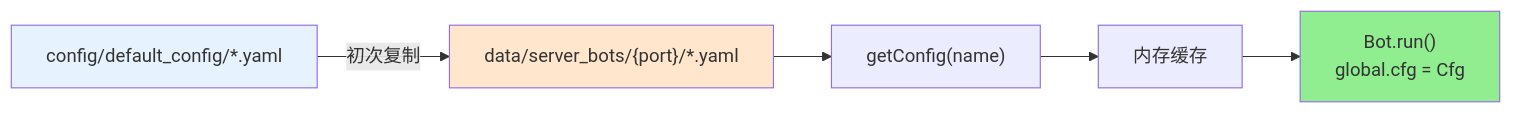
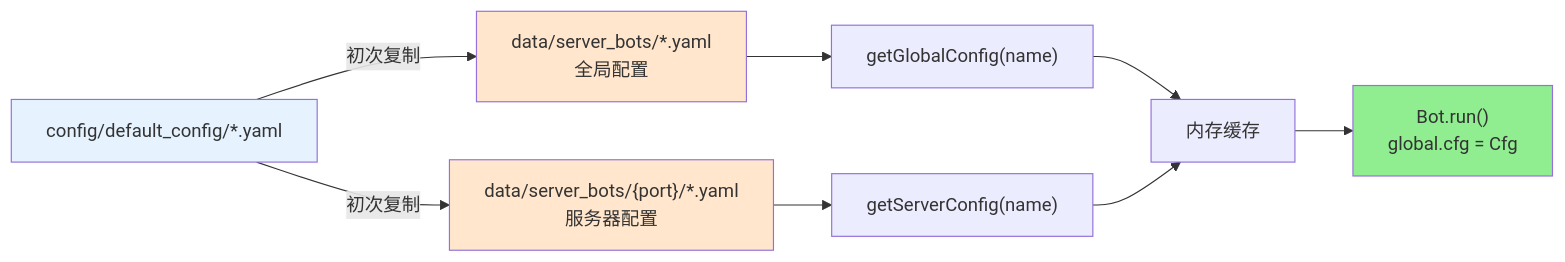
The third of 9 diagrams in docs/app-dev.md (sunflowermm/XRK-AGT), drawn with Mermaid before and after one commit. The commit also changed other lines of this file and 13 other files, not shown here.

````diff
--- a/docs/app-dev.md
+++ b/docs/app-dev.md
@@ -97,11 +97,15 @@
 ```mermaid
 flowchart LR
-  Default["config/default_config/*.yaml"] -->|初次复制| ServerCfg["data/server_bots/{port}/*.yaml"]
-  ServerCfg --> Cfg["getConfig(name)"]
+  Default["config/default_config/*.yaml"] -->|初次复制| GlobalCfg["data/server_bots/*.yaml<br/>全局配置"]
+  Default -->|初次复制| ServerCfg["data/server_bots/{port}/*.yaml<br/>服务器配置"]
+  GlobalCfg --> Cfg["getGlobalConfig(name)"]
+  ServerCfg --> Cfg2["getServerConfig(name)"]
   Cfg --> Cache["内存缓存"]
+  Cfg2 --> Cache
   Cache --> Bot["Bot.run()<br/>global.cfg = Cfg"]
   
   style Default fill:#E6F3FF
+  style GlobalCfg fill:#FFE6CC
   style ServerCfg fill:#FFE6CC
   style Bot fill:#90EE90
 ```
````
